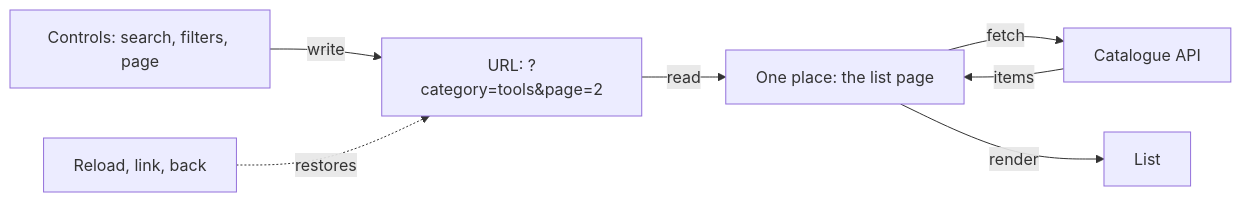
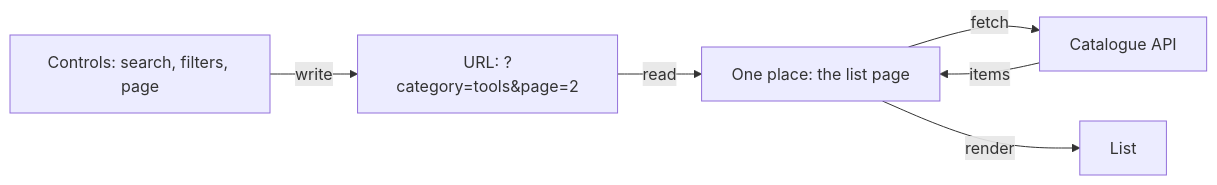
The second of 5 diagrams in topics/lists-and-pagination/README.md (christiansany/cas-fee-26-frontend-challenges), drawn with Mermaid before and after one commit. The commit also changed other lines of this file and 3 other files, not shown here.

````diff
--- a/topics/lists-and-pagination/README.md
+++ b/topics/lists-and-pagination/README.md
@@ -50,9 +64,8 @@
 ```mermaid
 flowchart LR
   Controls["Controls: search, filters, page"] -- "write" --> URL["URL: ?category=tools&page=2"]
   URL -- "read" --> Page["One place: the list page"]
   Page -- "fetch" --> API["Catalogue API"]
   API -- "items" --> Page
   Page -- "render" --> List["List"]
-  Back["Reload, link, back"] -. "restores" .-> URL
 ```
````
